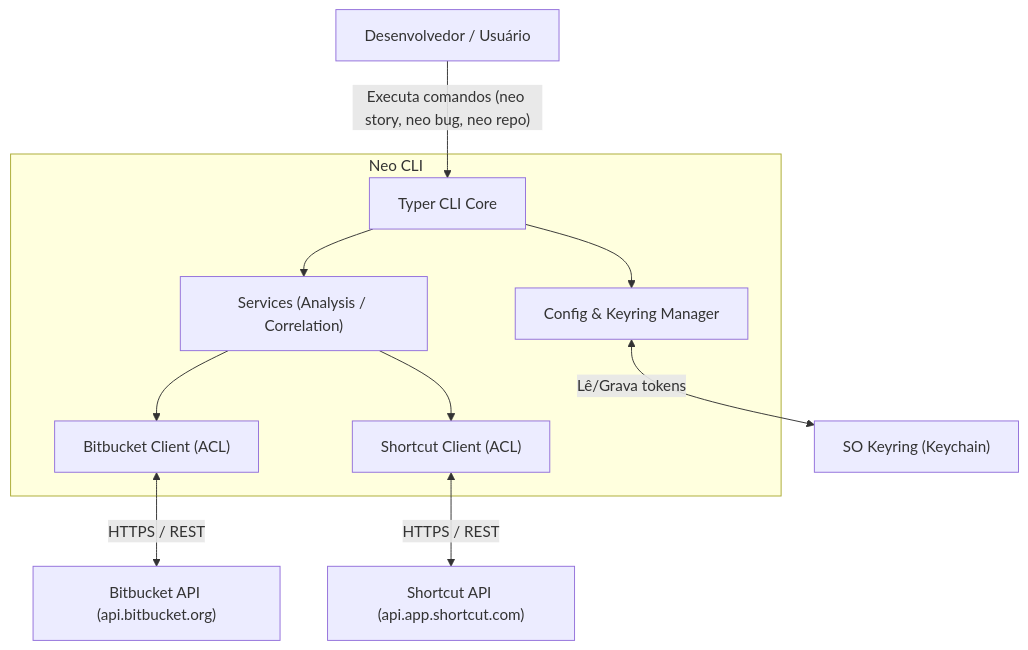
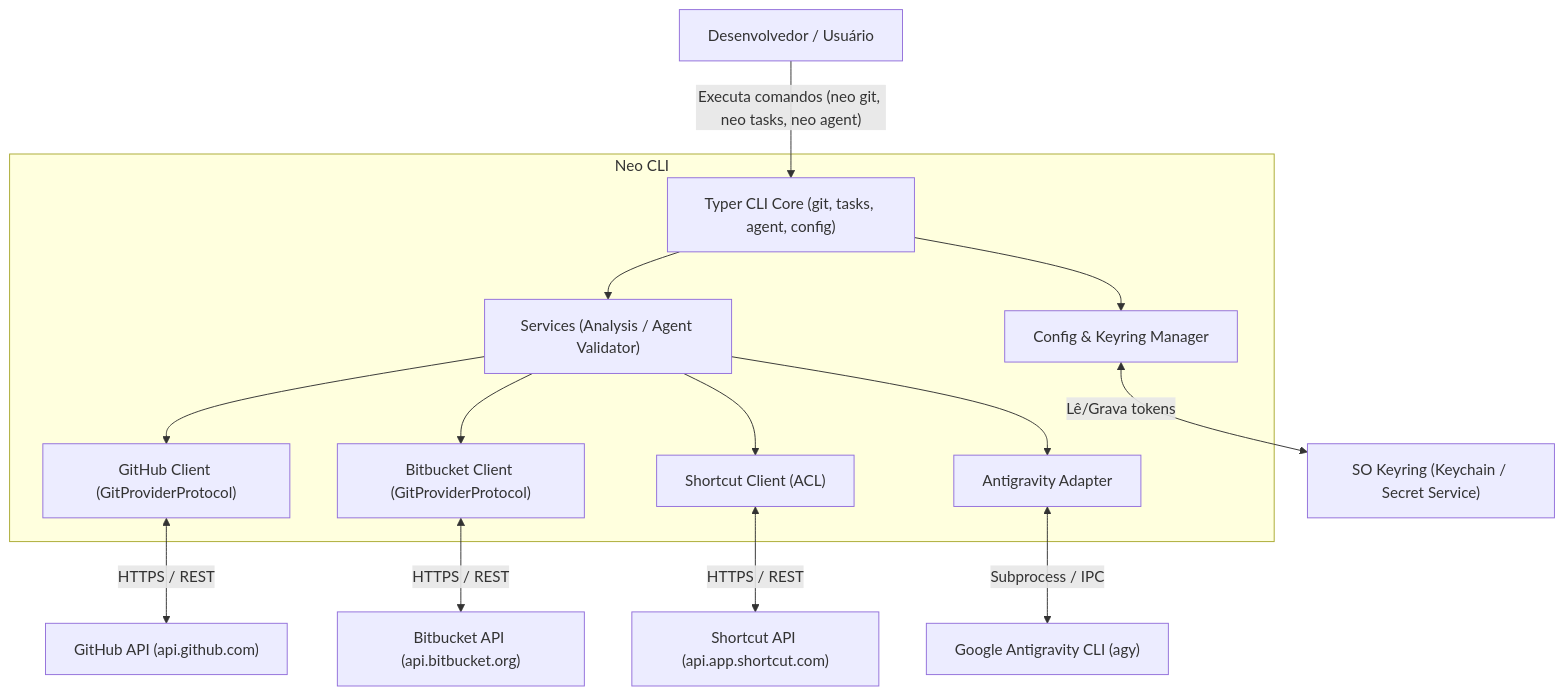
One commit to thalisonwilker/neo changed the first of 2 diagrams in docs/architecture/diagrams.md. Above: the diagram before and after it, drawn with Mermaid. The commit also changed other lines of this file and 30 other files, not shown here.

Commit message:
docs(architecture): atualiza overview, context-map, diagramas, README e TESTING com GitHub e Antigravity

````diff
--- a/docs/architecture/diagrams.md
+++ b/docs/architecture/diagrams.md
@@ -13,25 +13,33 @@
 ```mermaid
 flowchart TD
     User["Desenvolvedor / Usuário"]
     
     subgraph NeoSystem["Neo CLI"]
-        CLI["Typer CLI Core"]
-        Services["Services (Analysis / Correlation)"]
+        CLI["Typer CLI Core (git, tasks, agent, config)"]
+        Services["Services (Analysis / Agent Validator)"]
         Config["Config & Keyring Manager"]
-        BB_Adapter["Bitbucket Client (ACL)"]
+        GH_Adapter["GitHub Client (GitProviderProtocol)"]
+        BB_Adapter["Bitbucket Client (GitProviderProtocol)"]
         SC_Adapter["Shortcut Client (ACL)"]
+        Agent_Adapter["Antigravity Adapter"]
     end
     
+    GitHub["GitHub API (api.github.com)"]
     Bitbucket["Bitbucket API (api.bitbucket.org)"]
     Shortcut["Shortcut API (api.app.shortcut.com)"]
-    OSKeyring["SO Keyring (Keychain)"]
+    AgyCLI["Google Antigravity CLI (agy)"]
+    OSKeyring["SO Keyring (Keychain / Secret Service)"]
 
-    User -->|"Executa comandos (neo story, neo bug, neo repo)"| CLI
+    User -->|"Executa comandos (neo git, neo tasks, neo agent)"| CLI
     CLI --> Services
     CLI --> Config
     Config <-->|"Lê/Grava tokens"| OSKeyring
+    Services --> GH_Adapter
     Services --> BB_Adapter
     Services --> SC_Adapter
+    Services --> Agent_Adapter
+    GH_Adapter <-->|"HTTPS / REST"| GitHub
     BB_Adapter <-->|"HTTPS / REST"| Bitbucket
     SC_Adapter <-->|"HTTPS / REST"| Shortcut
+    Agent_Adapter <-->|"Subprocess / IPC"| AgyCLI
 ```
````
